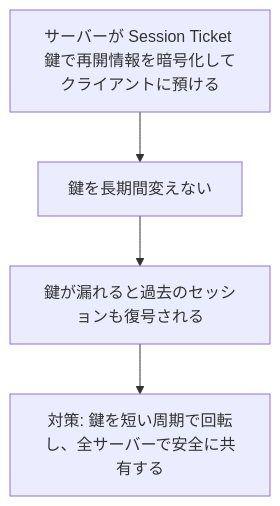
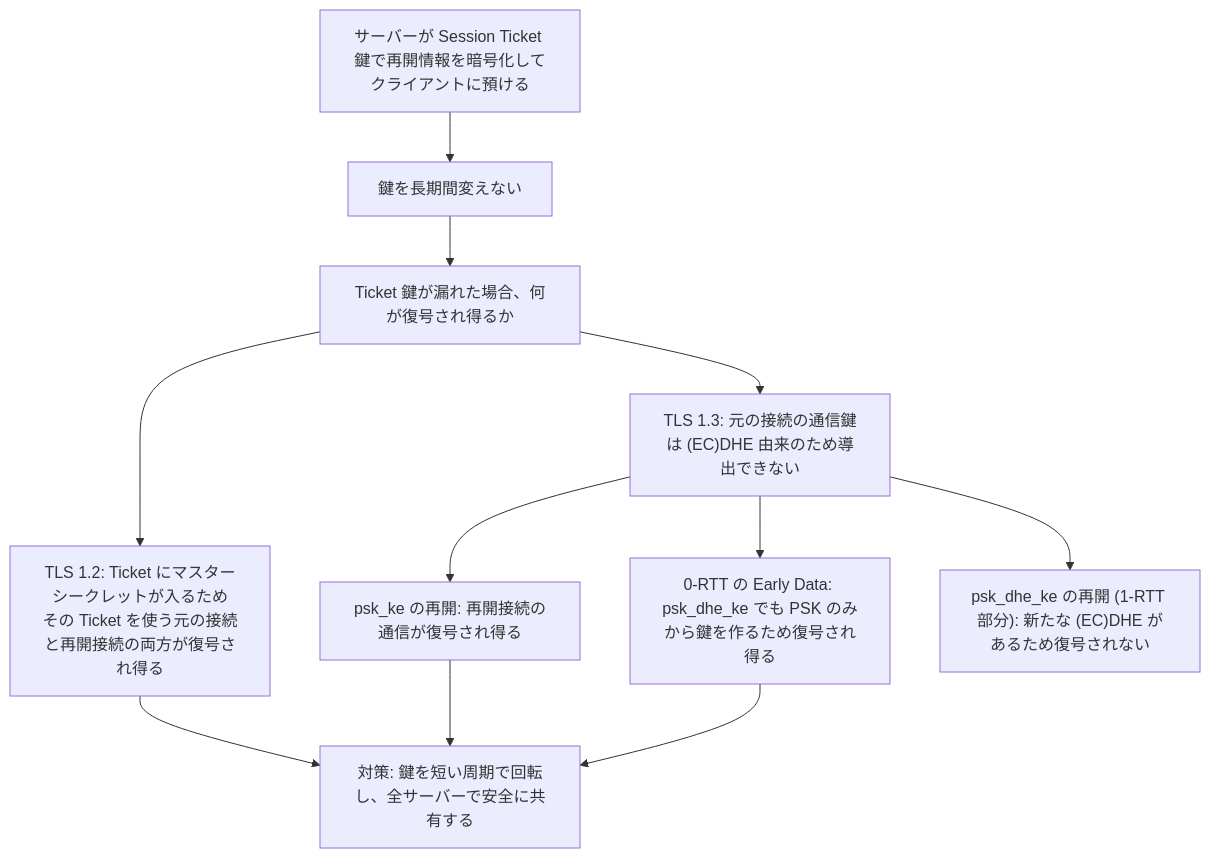
One commit to myoshi2891/Security_Studies changed diagram 16 of 24 in Bulletproof-tls-pki-guide.md. Above: the diagram before and after it, drawn with Mermaid. The commit also changed other lines of this file, not shown here.

Commit message:
docs(tls): refine CT validation, session ticket analysis, and tooling examples in TLS guide

````diff
--- a/Bulletproof-tls-pki-guide.md
+++ b/Bulletproof-tls-pki-guide.md
@@ -682,6 +691,13 @@
 ```mermaid
 flowchart TD
     A["サーバーが Session Ticket 鍵で再開情報を暗号化してクライアントに預ける"] --> B["鍵を長期間変えない"]
-    B --> C["鍵が漏れると過去のセッションも復号される"]
-    C --> D["対策: 鍵を短い周期で回転し、全サーバーで安全に共有する"]
+    B --> C["Ticket 鍵が漏れた場合、何が復号され得るか"]
+    C --> T12["TLS 1.2: Ticket にマスターシークレットが入るため<br/>その Ticket を使う元の接続と再開接続の両方が復号され得る"]
+    C --> T13["TLS 1.3: 元の接続の通信鍵は (EC)DHE 由来のため導出できない"]
+    T13 --> K1["psk_ke の再開: 再開接続の通信が復号され得る"]
+    T13 --> K2["0-RTT の Early Data: psk_dhe_ke でも PSK のみから鍵を作るため復号され得る"]
+    T13 --> K3["psk_dhe_ke の再開 (1-RTT 部分): 新たな (EC)DHE があるため復号されない"]
+    T12 --> D["対策: 鍵を短い周期で回転し、全サーバーで安全に共有する"]
+    K1 --> D
+    K2 --> D
 ```
````
